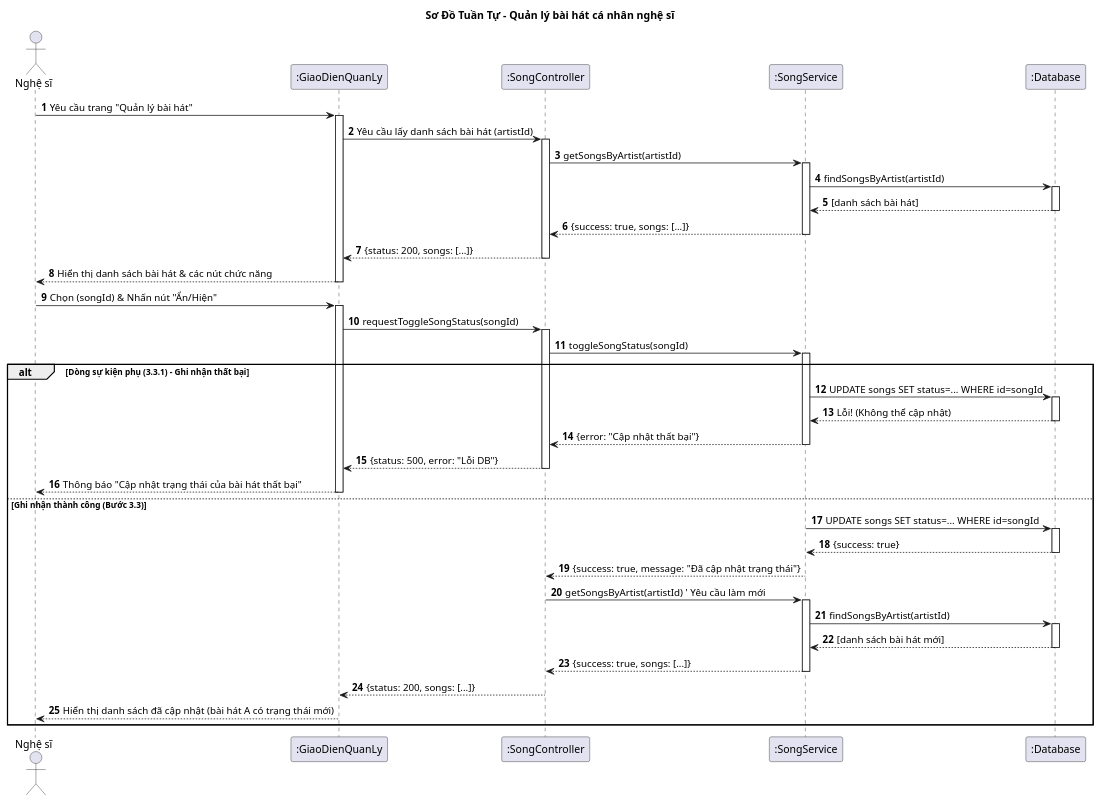
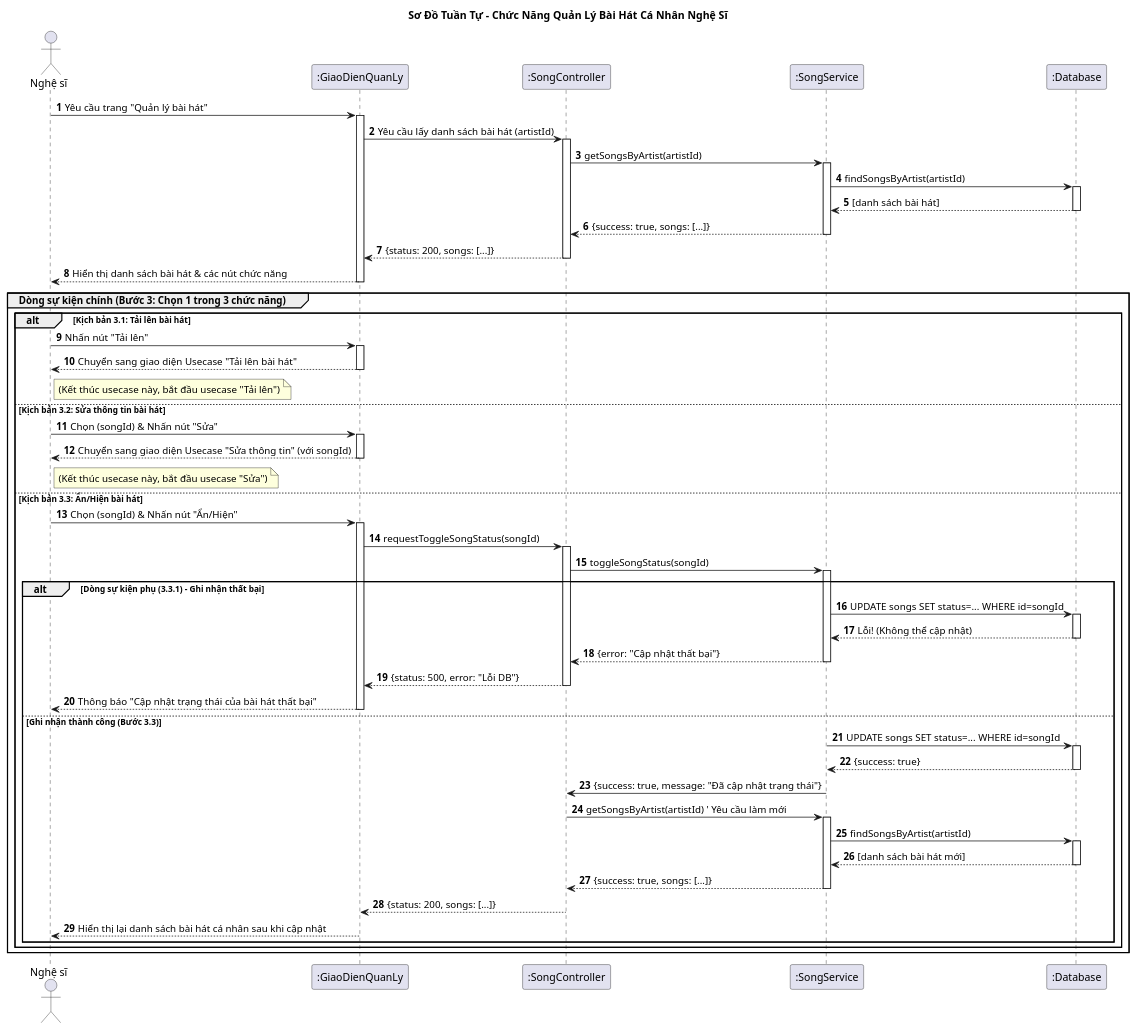
One commit to vinh047/soundwave changed the diagram in Diagrams/SequenceDiagram/ManageSongSD.plantuml. Above: the diagram before and after it, drawn with PlantUML. The commit also changed 9 other files, not shown here.

Commit message:
Update: Fix Sequence Diagram from 1 to 10

```diff
--- a/Diagrams/SequenceDiagram/ManageSongSD.plantuml
+++ b/Diagrams/SequenceDiagram/ManageSongSD.plantuml
@@ -1,78 +1,99 @@
 @startuml Sequence Diagram - Quản Lý Bài Hát Cá Nhân Nghệ Sĩ
 
-title Sơ Đồ Tuần Tự - Quản lý bài hát cá nhân nghệ sĩ
+title Sơ Đồ Tuần Tự - Chức Năng Quản Lý Bài Hát Cá Nhân Nghệ Sĩ
 
 actor "Nghệ sĩ" as Artist
 participant ":GiaoDienQuanLy" as UI
 participant ":SongController" as Controller
 participant ":SongService" as Service
 participant ":Database" as DB
 
 autonumber
 
 ' === Dòng sự kiện chính (bước 1 & 2): Tải giao diện ===
-' Tiền điều kiện: Nghệ sĩ đã đăng nhập (bước 1)
 Artist -> UI: Yêu cầu trang "Quản lý bài hát"
 activate UI
 UI -> Controller: Yêu cầu lấy danh sách bài hát (artistId)
 activate Controller
 Controller -> Service: getSongsByArtist(artistId)
 activate Service
 Service -> DB: findSongsByArtist(artistId)
 activate DB
 DB --> Service: [danh sách bài hát]
 deactivate DB
 Service --> Controller: {success: true, songs: [...]}
 deactivate Service
 Controller --> UI: {status: 200, songs: [...]}
 deactivate Controller
 UI --> Artist: Hiển thị danh sách bài hát & các nút chức năng
 deactivate UI
 
-' === Dòng sự kiện chính (bước 3.3): Nghệ sĩ chọn Ẩn/Hiện ===
-Artist -> UI: Chọn (songId) & Nhấn nút "Ẩn/Hiện"
-activate UI
-UI -> Controller: requestToggleSongStatus(songId)
-activate Controller
-Controller -> Service: toggleSongStatus(songId)
-activate Service
+' === Dòng sự kiện chính (bước 3): Nghệ sĩ chọn chức năng ===
+group Dòng sự kiện chính (Bước 3: Chọn 1 trong 3 chức năng)
 
-' === Dòng sự kiện (bước 3.3) & Dòng sự kiện phụ (3.3.1) ===
-alt Dòng sự kiện phụ (3.3.1) - Ghi nhận thất bại
-    Service -> DB: UPDATE songs SET status=... WHERE id=songId
-    activate DB
-    DB --> Service: Lỗi! (Không thể cập nhật)
-    deactivate DB
-    Service --> Controller: {error: "Cập nhật thất bại"}
-    deactivate Service
-    Controller --> UI: {status: 500, error: "Lỗi DB"}
-    deactivate Controller
-    
-    UI --> Artist: Thông báo "Cập nhật trạng thái của bài hát thất bại"
-    deactivate UI
+    alt Kịch bản 3.1: Tải lên bài hát
+        Artist -> UI: Nhấn nút "Tải lên"
+        activate UI
+        ' (Chuyển sang usecase Tải lên bài hát)
+        UI --> Artist: Chuyển sang giao diện Usecase "Tải lên bài hát"
+        deactivate UI
+        note right of Artist: (Kết thúc usecase này, bắt đầu usecase "Tải lên")
 
-else Ghi nhận thành công (Bước 3.3)
-    Service -> DB: UPDATE songs SET status=... WHERE id=songId
-    activate DB
-    DB --> Service: {success: true}
-    deactivate DB
-    Service --> Controller: {success: true, message: "Đã cập nhật trạng thái"}
-    deactivate Service
+    else Kịch bản 3.2: Sửa thông tin bài hát
+        Artist -> UI: Chọn (songId) & Nhấn nút "Sửa"
+        activate UI
+        ' (Chuyển sang usecase Sửa thông tin bài hát)
+        UI --> Artist: Chuyển sang giao diện Usecase "Sửa thông tin" (với songId)
+        deactivate UI
+        note right of Artist: (Kết thúc usecase này, bắt đầu usecase "Sửa")
 
-    ' === Dòng sự kiện chính (bước 4): Hiện lại danh sách ===
-    ' (Hệ thống tự động làm mới giao diện)
-    Controller -> Service: getSongsByArtist(artistId) ' Yêu cầu làm mới
-    activate Service
-    Service -> DB: findSongsByArtist(artistId)
-    activate DB
-    DB --> Service: [danh sách bài hát mới]
-    deactivate DB
-    Service --> Controller: {success: true, songs: [...]}
-    deactivate Service
-    Controller --> UI: {status: 200, songs: [...]}
-    deactivate Controller
-    
-    UI --> Artist: Hiển thị danh sách đã cập nhật (bài hát A có trạng thái mới)
-    deactivate UI
+    else Kịch bản 3.3: Ẩn/Hiện bài hát
+        Artist -> UI: Chọn (songId) & Nhấn nút "Ẩn/Hiện"
+        activate UI
+        UI -> Controller: requestToggleSongStatus(songId)
+        activate Controller
+        Controller -> Service: toggleSongStatus(songId)
+        activate Service
+
+        ' === Dòng sự kiện (bước 3.3) & Dòng sự kiện phụ (3.3.1) ===
+        alt Dòng sự kiện phụ (3.3.1) - Ghi nhận thất bại
+            Service -> DB: UPDATE songs SET status=... WHERE id=songId
+            activate DB
+            DB --> Service: Lỗi! (Không thể cập nhật)
+            deactivate DB
+            Service --> Controller: {error: "Cập nhật thất bại"}
+            deactivate Service
+            Controller --> UI: {status: 500, error: "Lỗi DB"}
+            deactivate Controller
+            
+            UI --> Artist: Thông báo "Cập nhật trạng thái của bài hát thất bại"
+            deactivate UI
+
+        else Ghi nhận thành công (Bước 3.3)
+            Service -> DB: UPDATE songs SET status=... WHERE id=songId
+            activate DB
+            DB --> Service: {success: true}
+            deactivate DB
+            Service -> Controller: {success: true, message: "Đã cập nhật trạng thái"}
+            deactivate Service
+
+            ' === Dòng sự kiện chính (bước 4): Hiện lại danh sách ===
+            ' (Hệ thống tự động làm mới giao diện)
+            Controller -> Service: getSongsByArtist(artistId) ' Yêu cầu làm mới
+            activate Service
+            Service -> DB: findSongsByArtist(artistId)
+            activate DB
+            DB --> Service: [danh sách bài hát mới]
+            deactivate DB
+            Service --> Controller: {success: true, songs: [...]}
+            deactivate Service
+            
+            Controller --> UI: {status: 200, songs: [...]}
+            deactivate Controller
+            
+            UI --> Artist: Hiển thị lại danh sách bài hát cá nhân sau khi cập nhật
+            deactivate UI
+        end
+    end
 end
 @enduml
```
